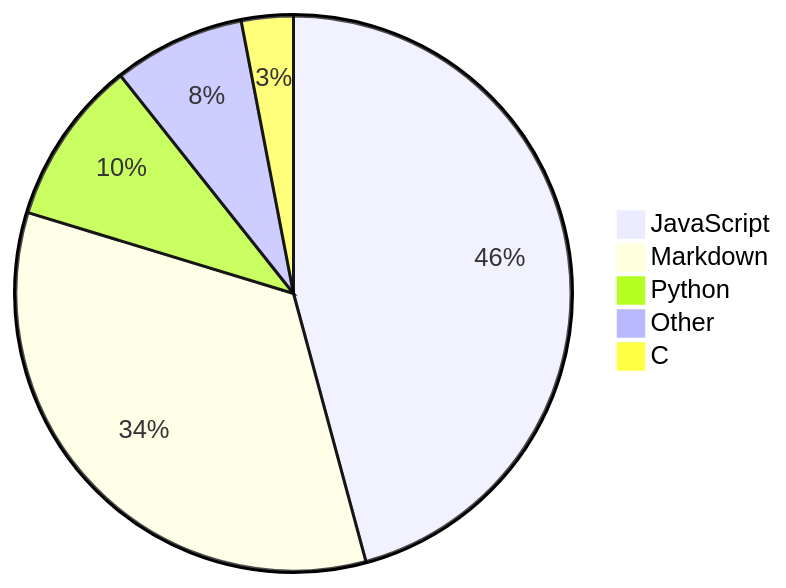
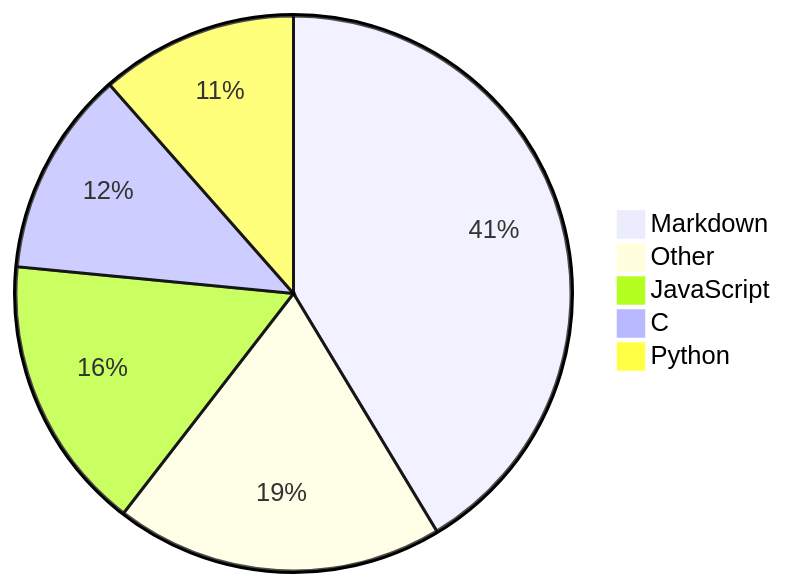
The diagram in README.md (Alicia111/alicia111), drawn with Mermaid before and after one commit.

Commit message:
Update WakaTime stats (・ω・)b

````diff
--- a/README.md
+++ b/README.md
@@ -32,8 +32,8 @@
 ```mermaid
 pie
-    "JavaScript" : 43.99
-    "Markdown" : 32.57
-    "Python" : 9.23
-    "Other" : 7.36
-    "C" : 2.9
+    "Markdown" : 40.21
+    "Other" : 18.58
+    "JavaScript" : 15.61
+    "C" : 11.64
+    "Python" : 11.17
 ```
````
